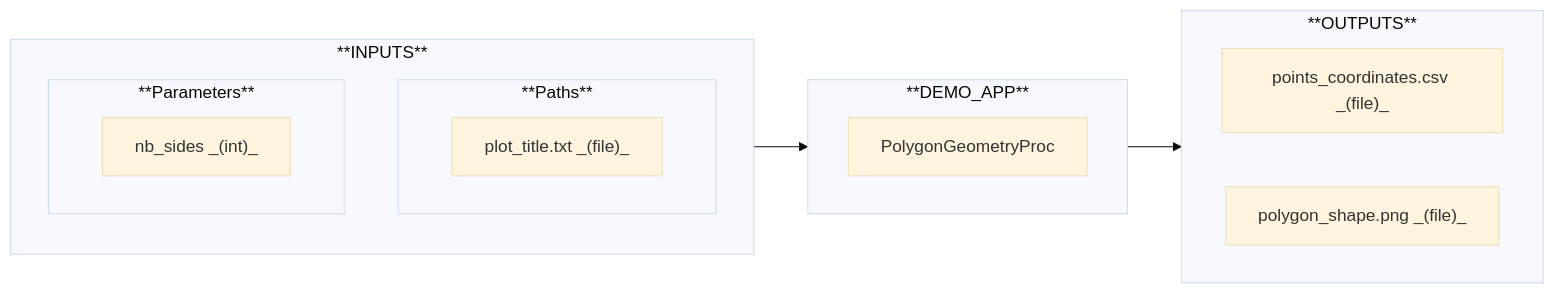
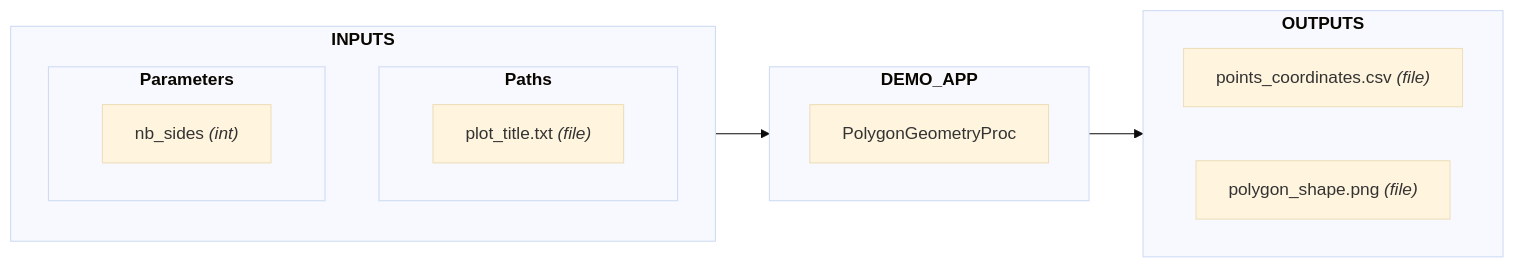
Before and after one commit to nuremics/nuremics-labs: the sixth of 8 diagrams in src/nuremics_labs/apps/general/DEMO_APP/README.md, drawn with Mermaid (base theme). The commit also changed other lines of this file, not shown here.

````diff
--- a/src/nuremics_labs/apps/general/DEMO_APP/README.md
+++ b/src/nuremics_labs/apps/general/DEMO_APP/README.md
@@ -158,30 +158,30 @@
 ```mermaid
 flowchart LR
-  subgraph **INPUTS**
+  subgraph Inputs[<b>INPUTS<b>]
     direction TB
 
-    subgraph **Paths**
+    subgraph Paths[<b>Paths<b>]
       direction LR
-      path1["plot_title.txt _(file)_"]
+      path1["plot_title.txt <i>(file)<i>"]
     end
 
-    subgraph **Parameters**
+    subgraph Parameters[<b>Parameters<b>]
       direction LR
-      param1["nb_sides _(int)_"]
+      param1["nb_sides <i>(int)<i>"]
     end
   end
 
-  subgraph **DEMO_APP**
+  subgraph App[<b>DEMO_APP<b>]
     direction RL
     proc1["PolygonGeometryProc"]
   end
 
-  subgraph **OUTPUTS**
+  subgraph Outputs[<b>OUTPUTS<b>]
     direction RL
-    out1["points_coordinates.csv _(file)_"]
-    out2["polygon_shape.png _(file)_"]
+    out1["points_coordinates.csv <i>(file)<i>"]
+    out2["polygon_shape.png <i>(file)<i>"]
   end
 
-  **INPUTS** --> proc1
-  proc1 --> **OUTPUTS**
+  Inputs --> proc1
+  proc1 --> Outputs
 ```
````
